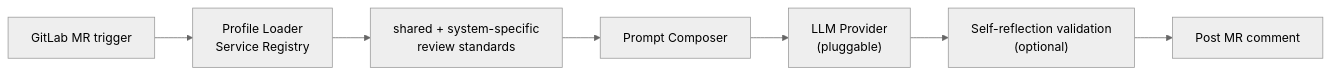
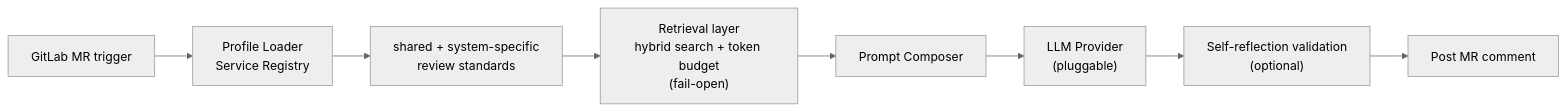
Before and after one commit to twjohnwu/twjohnwu.github.io: the diagram in src/content/cases/ai-code-review.en.mdx, drawn with Mermaid (neutral theme). The commit also changed other lines of this file and 3 other files, not shown here.

First line of the commit message:
content: document the retrieval layer, render zh-TW jargon in Chinese

````diff
--- a/src/content/cases/ai-code-review.en.mdx
+++ b/src/content/cases/ai-code-review.en.mdx
@@ -20,9 +20,10 @@
 ```mermaid
 flowchart LR
   MR[GitLab MR trigger] --> Loader["Profile Loader<br/>Service Registry"]
   Loader --> Standards["shared + system-specific<br/>review standards"]
-  Standards --> Composer[Prompt Composer]
+  Standards --> Retrieval["Retrieval layer<br/>hybrid search + token budget<br/>(fail-open)"]
+  Retrieval --> Composer[Prompt Composer]
   Composer --> AI["LLM Provider<br/>(pluggable)"]
   AI --> Reflect["Self-reflection validation<br/>(optional)"]
   Reflect --> Comment[Post MR comment]
 ```
````
